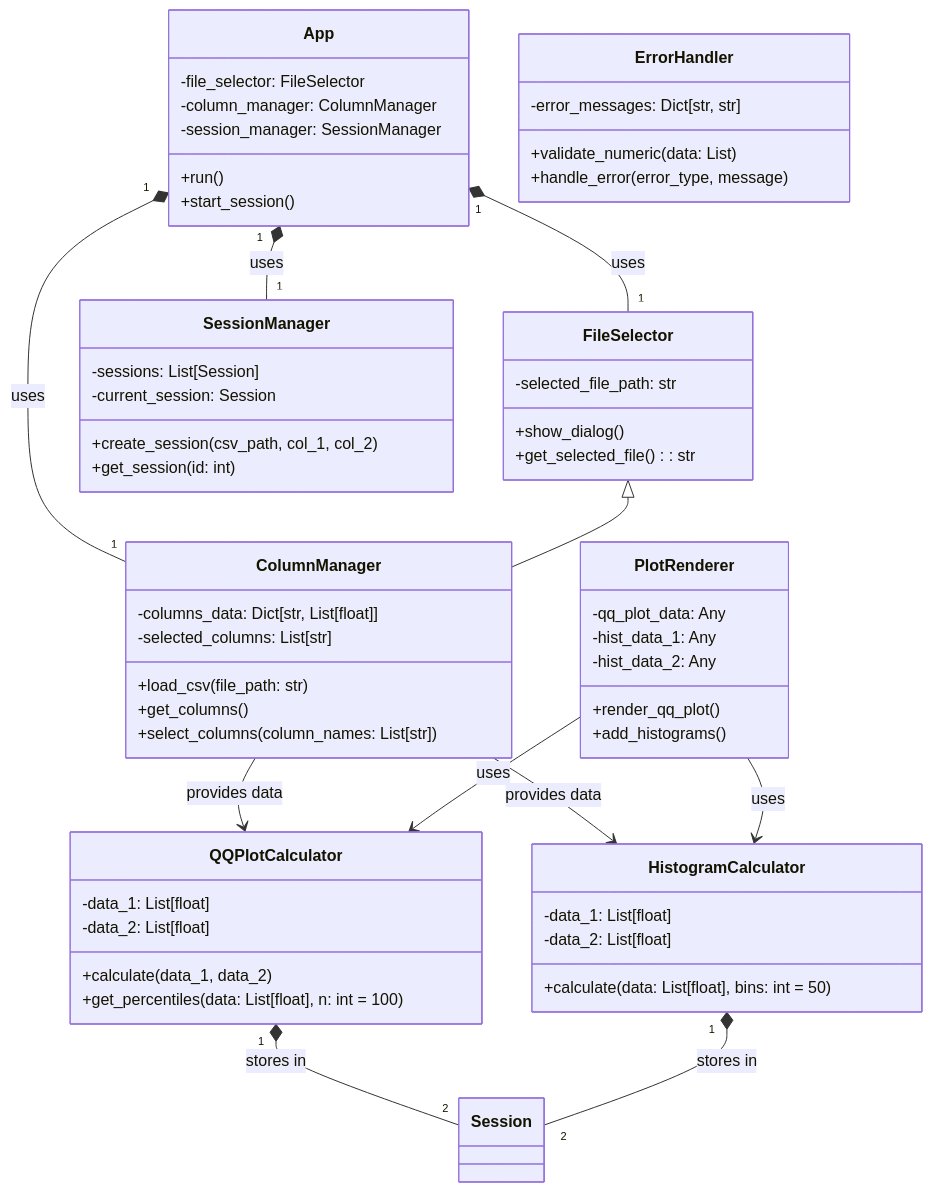
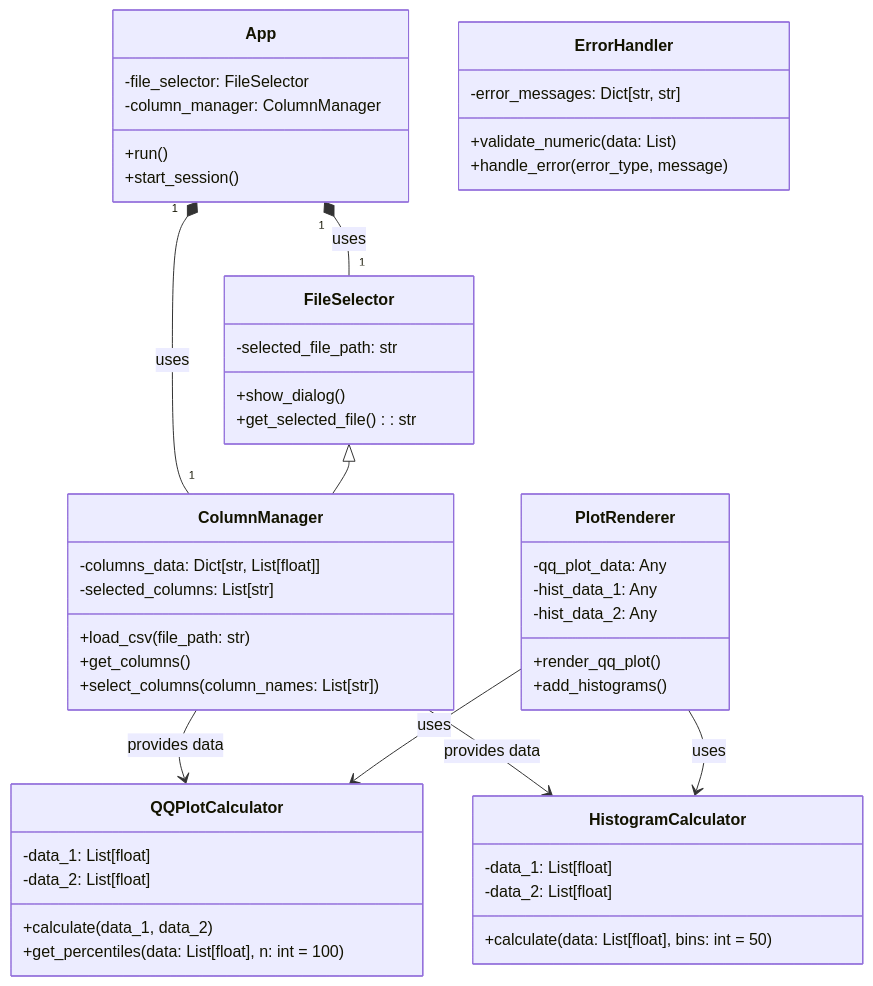
One commit to notfolder/isdd changed the third of 4 diagrams in docs/detail_design.md. Above: the diagram before and after it, drawn with Mermaid. The commit also changed other lines of this file, not shown here.

````diff
--- a/docs/detail_design.md
+++ b/docs/detail_design.md
@@ -352,72 +163,60 @@
 ```mermaid
 classDiagram
     class App {
         -file_selector: FileSelector
         -column_manager: ColumnManager
-        -session_manager: SessionManager
         +run()
         +start_session()
     }
     
     class FileSelector {
         -selected_file_path: str
         +show_dialog()
         +get_selected_file(): str
     }
     
     class ColumnManager {
         -columns_data: Dict[str, List[float]]
         -selected_columns: List[str]
         +load_csv(file_path: str)
         +get_columns()
         +select_columns(column_names: List[str])
     }
     
     class QQPlotCalculator {
         -data_1: List[float]
         -data_2: List[float]
         +calculate(data_1, data_2)
         +get_percentiles(data: List[float], n: int = 100)
     }
     
     class HistogramCalculator {
         -data_1: List[float]
         -data_2: List[float]
         +calculate(data: List[float], bins: int = 50)
     }
     
     class PlotRenderer {
         -qq_plot_data: Any
         -hist_data_1: Any
         -hist_data_2: Any
         +render_qq_plot()
         +add_histograms()
     }
     
-    class SessionManager {
-        -sessions: List[Session]
-        -current_session: Session
-        +create_session(csv_path, col_1, col_2)
-        +get_session(id: int)
-    }
-    
     class ErrorHandler {
         -error_messages: Dict[str, str]
         +validate_numeric(data: List)
         +handle_error(error_type, message)
     }
     
     App "1" *-- "1" FileSelector : uses
     App "1" *-- "1" ColumnManager : uses
-    App "1" *-- "1" SessionManager : uses
     
     FileSelector <|-- ColumnManager
     ColumnManager --> QQPlotCalculator : provides data
     ColumnManager --> HistogramCalculator : provides data
     
-    QQPlotCalculator "1" *-- "2" Session : stores in
-    HistogramCalculator "1" *-- "2" Session : stores in
-    
     PlotRenderer --> QQPlotCalculator : uses
     PlotRenderer --> HistogramCalculator : uses
 ```
````
